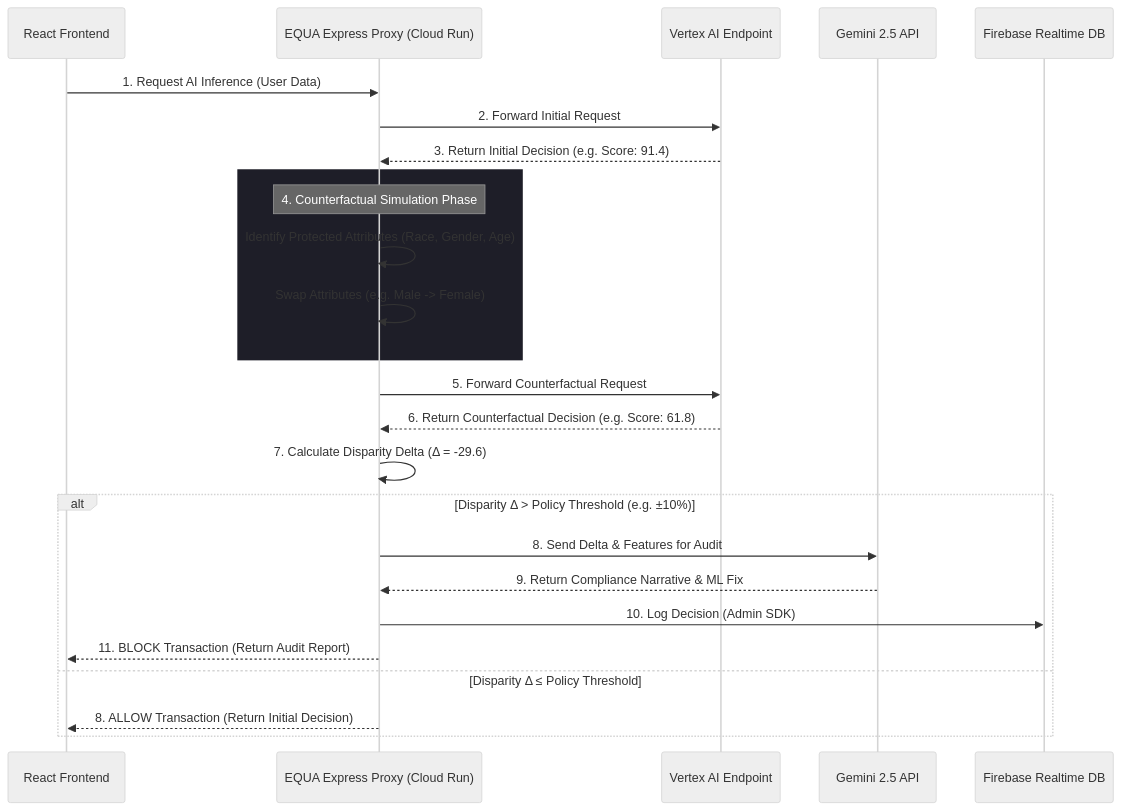
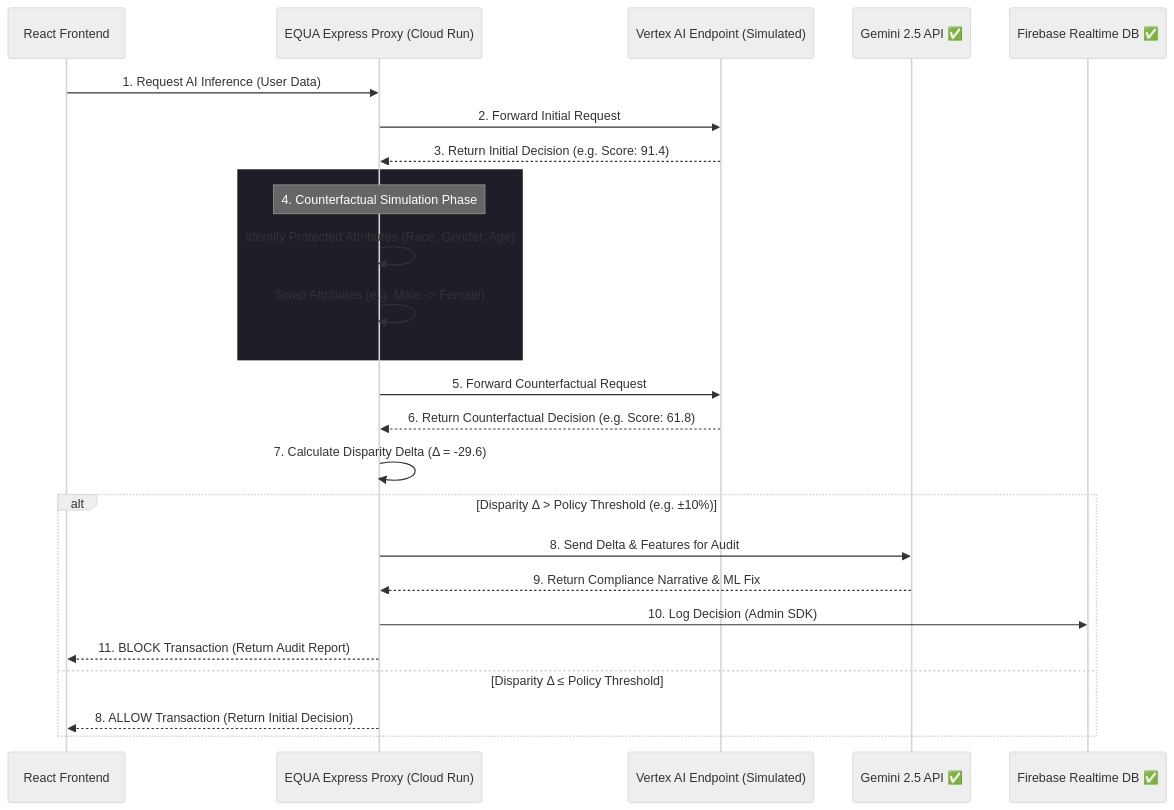
Before and after one commit to NEHANGRM/FairSight_AI: the second of 2 diagrams in README.md, drawn with Mermaid (neutral theme). The commit also changed other lines of this file and 5 other files, not shown here.

Commit message:
docs: finalize solution challenge documentation, cost estimation, and future roadmap

````diff
--- a/README.md
+++ b/README.md
@@ -47,32 +104,32 @@
 ```mermaid
 sequenceDiagram
     participant Client as React Frontend
     participant Proxy as EQUA Express Proxy (Cloud Run)
-    participant AI as Vertex AI Endpoint
-    participant Gemini as Gemini 2.5 API
-    participant RTDB as Firebase Realtime DB
+    participant AI as Vertex AI Endpoint (Simulated)
+    participant Gemini as Gemini 2.5 API ✅
+    participant RTDB as Firebase Realtime DB ✅
 
     Client->>Proxy: 1. Request AI Inference (User Data)
     Proxy->>AI: 2. Forward Initial Request
     AI-->>Proxy: 3. Return Initial Decision (e.g. Score: 91.4)
     
     rect rgb(30, 30, 40)
     Note over Proxy: 4. Counterfactual Simulation Phase
     Proxy->>Proxy: Identify Protected Attributes (Race, Gender, Age)
     Proxy->>Proxy: Swap Attributes (e.g. Male -> Female)
     end
 
     Proxy->>AI: 5. Forward Counterfactual Request
     AI-->>Proxy: 6. Return Counterfactual Decision (e.g. Score: 61.8)
     
     Proxy->>Proxy: 7. Calculate Disparity Delta (Δ = -29.6)
     
     alt Disparity Δ > Policy Threshold (e.g. ±10%)
         Proxy->>Gemini: 8. Send Delta & Features for Audit
         Gemini-->>Proxy: 9. Return Compliance Narrative & ML Fix
         Proxy->>RTDB: 10. Log Decision (Admin SDK)
         Proxy-->>Client: 11. BLOCK Transaction (Return Audit Report)
     else Disparity Δ ≤ Policy Threshold
         Proxy-->>Client: 8. ALLOW Transaction (Return Initial Decision)
     end
 ```
````
